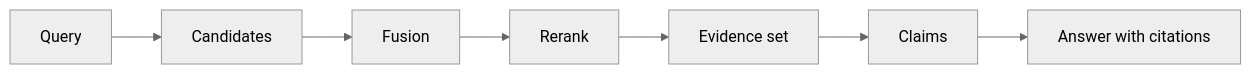
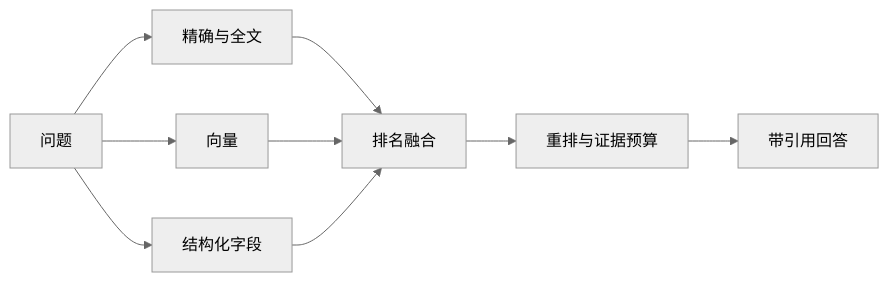
The diagram in docs/ai-agent/hybrid-retrieval.md (upJiang/jiang-blog-vitepress), drawn with Mermaid (neutral theme) before and after one commit. The commit also changed other lines of this file and 164 other files, not shown here.

````diff
--- a/docs/ai-agent/hybrid-retrieval.md
+++ b/docs/ai-agent/hybrid-retrieval.md
@@ -195,9 +19,11 @@
 ```mermaid
 flowchart LR
-  Q[Query] --> C[Candidates]
-  C --> F[Fusion]
-  F --> R[Rerank]
-  R --> E[Evidence set]
-  E --> L[Claims]
-  L --> A[Answer with citations]
+  A[问题] --> B[精确与全文]
+  A --> C[向量]
+  A --> D[结构化字段]
+  B --> E[排名融合]
+  C --> E
+  D --> E
+  E --> F[重排与证据预算]
+  F --> G[带引用回答]
 ```
````
